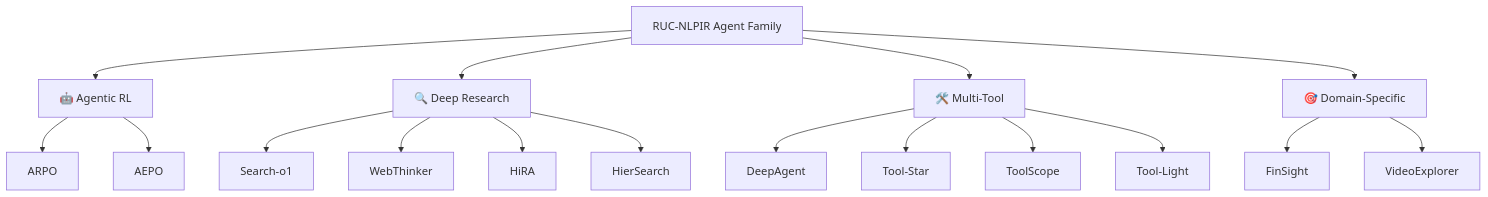
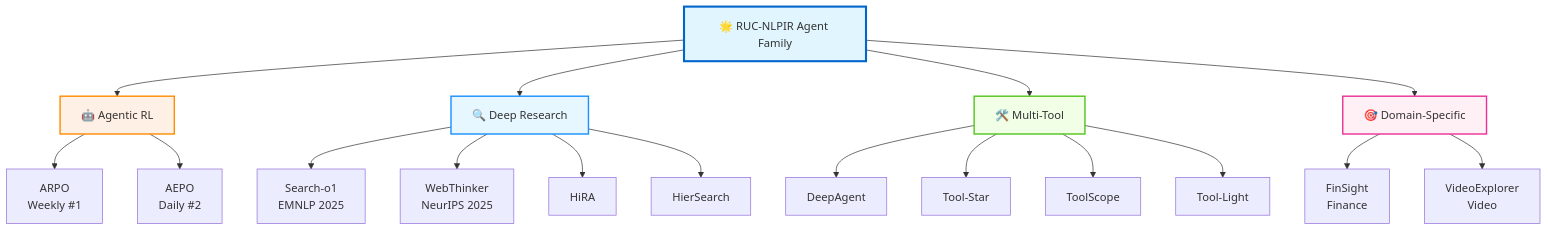
The diagram in README.md (RUC-NLPIR/AgentFamily), drawn with Mermaid before and after one commit. The commit also changed other lines of this file, not shown here.

````diff
--- a/README.md
+++ b/README.md
@@ -255,23 +312,29 @@
 ```mermaid
 graph TB
-    A[RUC-NLPIR Agent Family] --> B[🤖 Agentic RL]
+    A[🌟 RUC-NLPIR Agent Family] --> B[🤖 Agentic RL]
     A --> C[🔍 Deep Research]
     A --> D[🛠️ Multi-Tool]
     A --> E[🎯 Domain-Specific]
     
-    B --> B1[ARPO]
-    B --> B2[AEPO]
+    B --> B1[ARPO<br/>Weekly #1]
+    B --> B2[AEPO<br/>Daily #2]
     
-    C --> C1[Search-o1]
-    C --> C2[WebThinker]
+    C --> C1[Search-o1<br/>EMNLP 2025]
+    C --> C2[WebThinker<br/>NeurIPS 2025]
     C --> C3[HiRA]
     C --> C4[HierSearch]
     
     D --> D1[DeepAgent]
     D --> D2[Tool-Star]
     D --> D3[ToolScope]
     D --> D4[Tool-Light]
     
-    E --> E1[FinSight]
-    E --> E2[VideoExplorer]
+    E --> E1[FinSight<br/>Finance]
+    E --> E2[VideoExplorer<br/>Video]
+    
+    style A fill:#e1f5ff,stroke:#0066cc,stroke-width:3px
+    style B fill:#fff0e6,stroke:#ff8c00,stroke-width:2px
+    style C fill:#e6f7ff,stroke:#1890ff,stroke-width:2px
+    style D fill:#f0ffe6,stroke:#52c41a,stroke-width:2px
+    style E fill:#fff0f6,stroke:#eb2f96,stroke-width:2px
 ```
````
